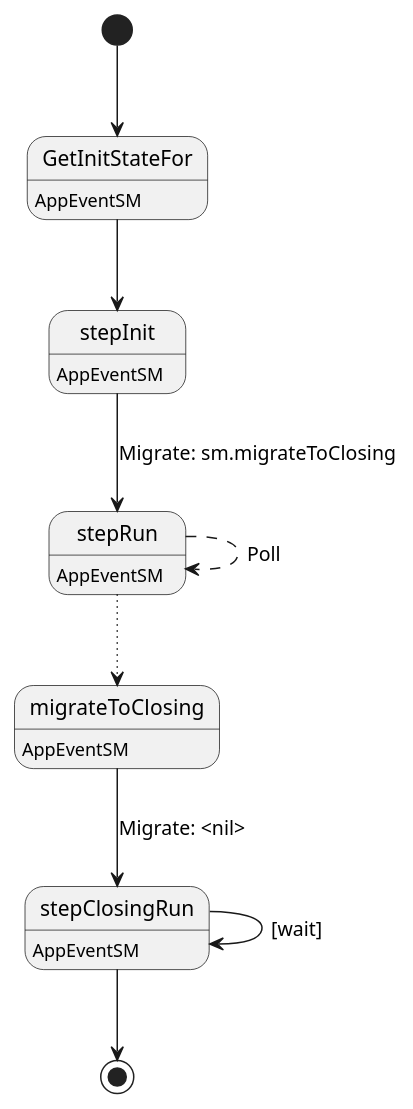
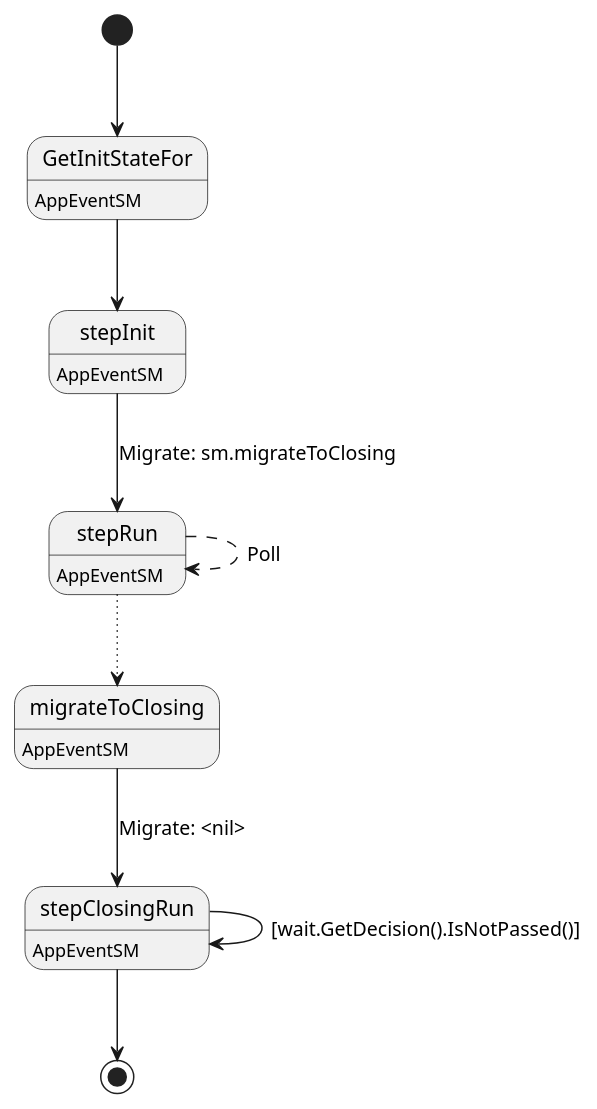
Before and after one commit to insolar/assured-ledger: the diagram in ledger-core/conveyor/main/conveyor_test_main.plantuml, drawn with PlantUML.

Commit message:
Plantuml regen

```diff
--- a/ledger-core/conveyor/main/conveyor_test_main.plantuml
+++ b/ledger-core/conveyor/main/conveyor_test_main.plantuml
@@ -1,20 +1,20 @@
 @startuml
 state "GetInitStateFor" as T00_S001
 T00_S001 : AppEventSM
 [*] --> T00_S001
 T00_S001 --> T00_S002
 state "migrateToClosing" as T00_S004
 T00_S004 : AppEventSM
 T00_S004 --> T00_S005 : Migrate: <nil>
 state "stepClosingRun" as T00_S005
 T00_S005 : AppEventSM
-T00_S005 --> T00_S005 : [wait]
+T00_S005 --> T00_S005 : [wait.GetDecision().IsNotPassed()]
 T00_S005 --> [*]
 state "stepInit" as T00_S002
 T00_S002 : AppEventSM
 T00_S002 --> T00_S003 : Migrate: sm.migrateToClosing
 state "stepRun" as T00_S003
 T00_S003 : AppEventSM
 T00_S003 --[dotted]> T00_S004
 T00_S003 --[dashed]> T00_S003 : Poll
 @enduml
```
